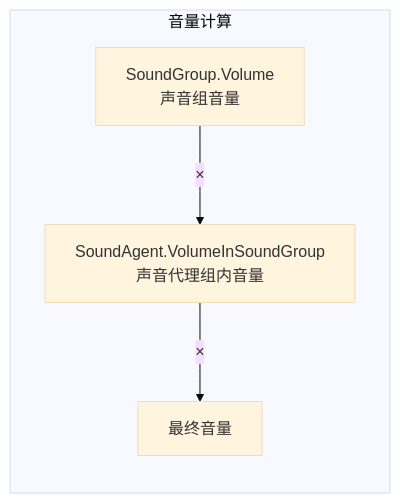
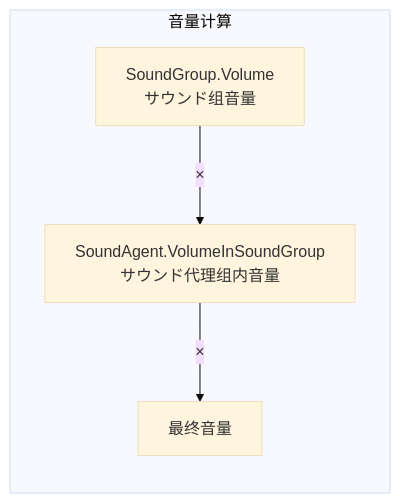
One commit to AlianBlank/GameFrameX.Docs changed the second of 2 diagrams in docs/ja/client/unity/component/sound/10.configuration.md. Above: the diagram before and after it, drawn with Mermaid (base theme). The commit also changed other lines of this file and 603 other files, not shown here.

````diff
--- a/docs/ja/client/unity/component/sound/10.configuration.md
+++ b/docs/ja/client/unity/component/sound/10.configuration.md
@@ -335,6 +335,6 @@
 ```mermaid
 flowchart LR
     subgraph Calculation["音量计算"]
-        SG_Vol[SoundGroup.Volume<br/>声音组音量] -->|×| SA_Vol[SoundAgent.VolumeInSoundGroup<br/>声音代理组内音量] -->|×| Final[最终音量]
+        SG_Vol[SoundGroup.Volume<br/>サウンド组音量] -->|×| SA_Vol[SoundAgent.VolumeInSoundGroup<br/>サウンド代理组内音量] -->|×| Final[最终音量]
     end
 ```
````
